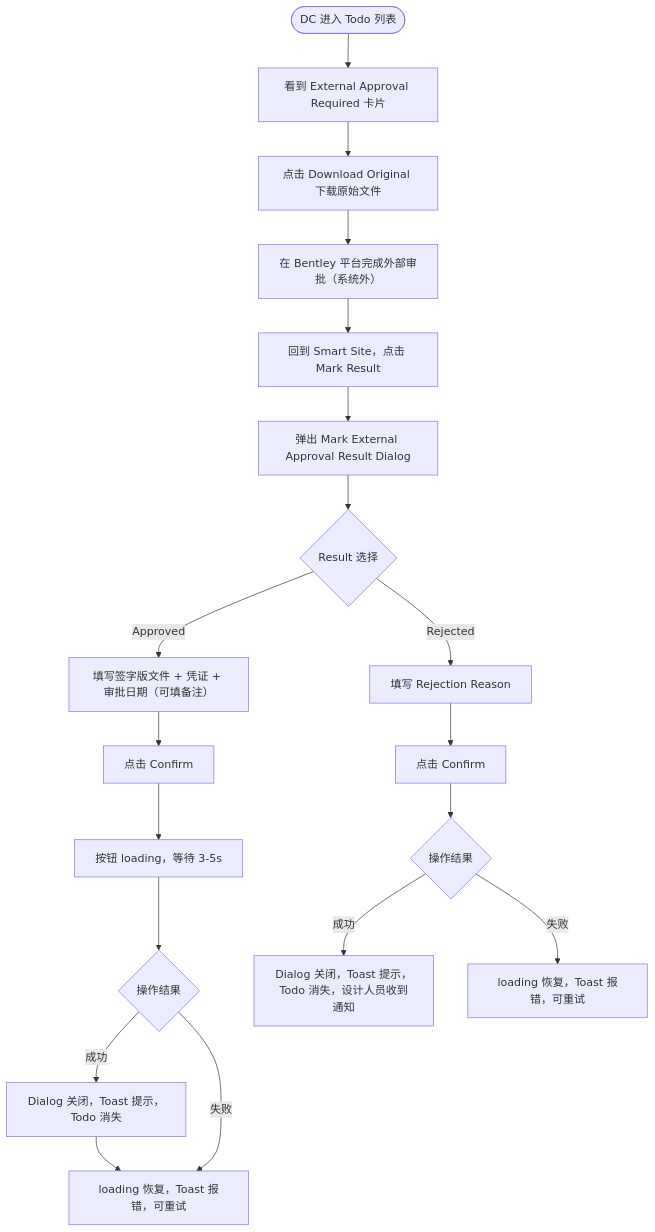
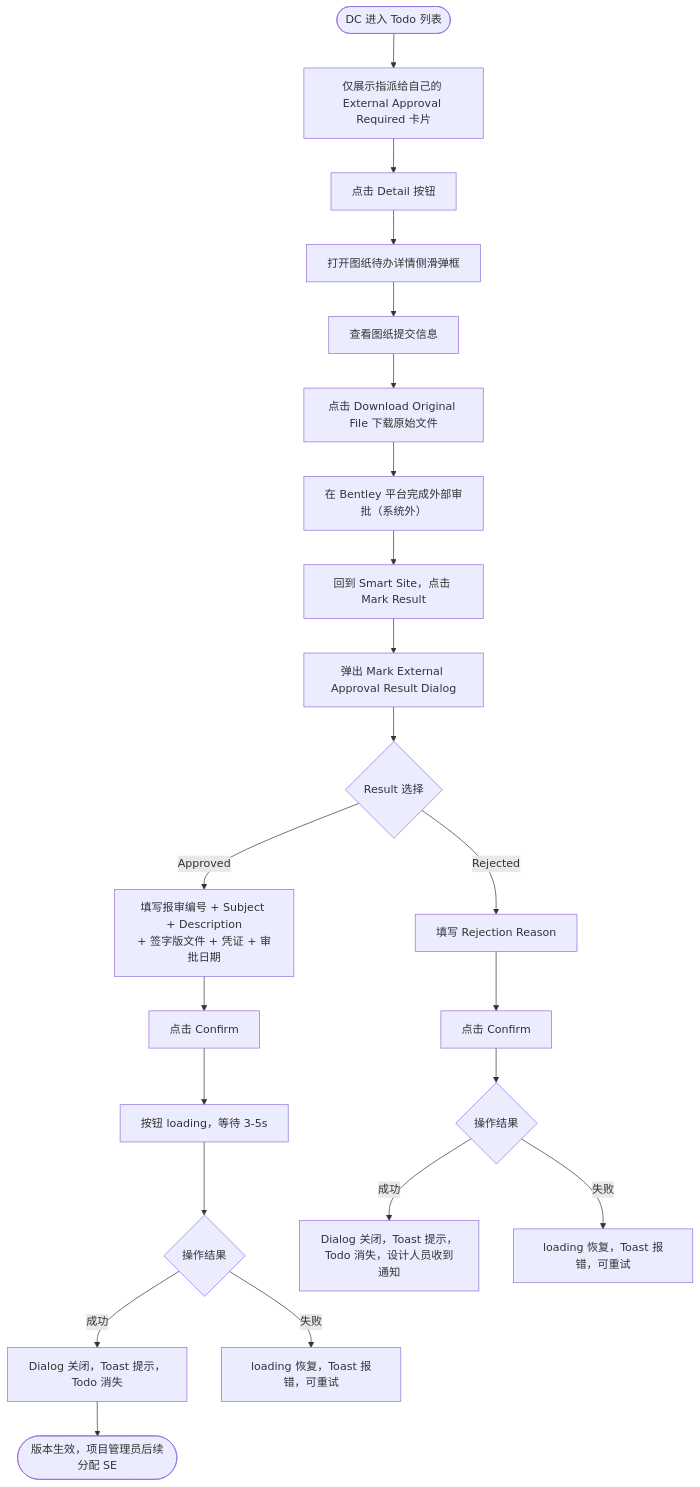
The diagram in requirements/pc/REQ-007B-pc.md (xiayingspace-hue/smart-site), drawn with Mermaid before and after one commit. The commit also changed other lines of this file, not shown here.

````diff
--- a/requirements/pc/REQ-007B-pc.md
+++ b/requirements/pc/REQ-007B-pc.md
@@ -176,21 +180,24 @@
 ```mermaid
 flowchart TD
-    A([DC 进入 Todo 列表]) --> B[看到 External Approval Required 卡片]
-    B --> C[点击 Download Original 下载原始文件]
-    C --> D[在 Bentley 平台完成外部审批（系统外）]
-    D --> E[回到 Smart Site，点击 Mark Result]
-    E --> F[弹出 Mark External Approval Result Dialog]
-    F --> G{Result 选择}
-    G -- Approved --> H[填写签字版文件 + 凭证 + 审批日期（可填备注）]
-    G -- Rejected --> I[填写 Rejection Reason]
-    H --> J[点击 Confirm]
-    I --> K[点击 Confirm]
-    J --> L[按钮 loading，等待 3-5s]
-    L --> M{操作结果}
-    M -- 成功 --> N[Dialog 关闭，Toast 提示，Todo 消失]
-    N --> O([版本生效，项目管理员后续分配 SE])
-    M -- 失败 --> O[loading 恢复，Toast 报错，可重试]
-    K --> P{操作结果}
-    P -- 成功 --> Q[Dialog 关闭，Toast 提示，Todo 消失，设计人员收到通知]
-    P -- 失败 --> R[loading 恢复，Toast 报错，可重试]
+    A([DC 进入 Todo 列表]) --> B[仅展示指派给自己的 External Approval Required 卡片]
+    B --> C[点击 Detail 按钮]
+    C --> D[打开图纸待办详情侧滑弹框]
+    D --> E[查看图纸提交信息]
+    E --> F[点击 Download Original File 下载原始文件]
+    F --> G[在 Bentley 平台完成外部审批（系统外）]
+    G --> H[回到 Smart Site，点击 Mark Result]
+    H --> I[弹出 Mark External Approval Result Dialog]
+    I --> J{Result 选择}
+    J -- Approved --> K[填写报审编号 + Subject + Description\n+ 签字版文件 + 凭证 + 审批日期]
+    J -- Rejected --> L[填写 Rejection Reason]
+    K --> M[点击 Confirm]
+    L --> N[点击 Confirm]
+    M --> O[按钮 loading，等待 3-5s]
+    O --> P{操作结果}
+    P -- 成功 --> Q[Dialog 关闭，Toast 提示，Todo 消失]
+    Q --> R([版本生效，项目管理员后续分配 SE])
+    P -- 失败 --> S[loading 恢复，Toast 报错，可重试]
+    N --> T{操作结果}
+    T -- 成功 --> U[Dialog 关闭，Toast 提示，Todo 消失，设计人员收到通知]
+    T -- 失败 --> V[loading 恢复，Toast 报错，可重试]
 ```
````
